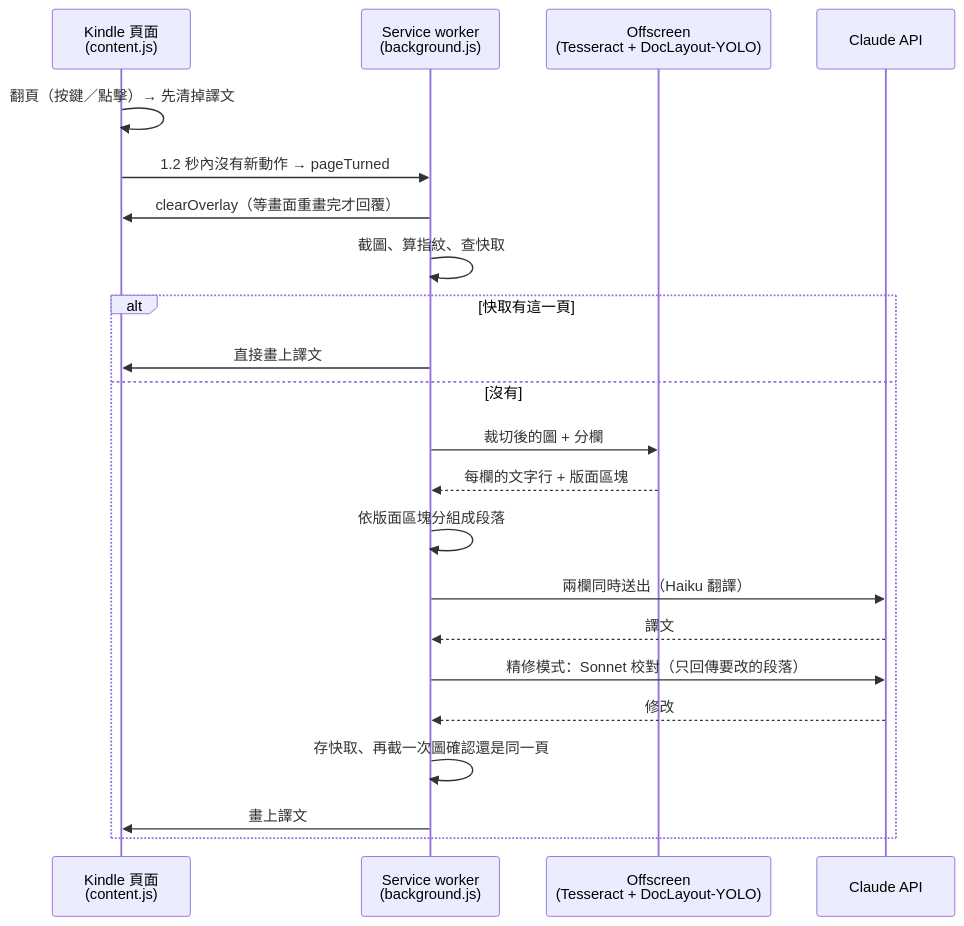
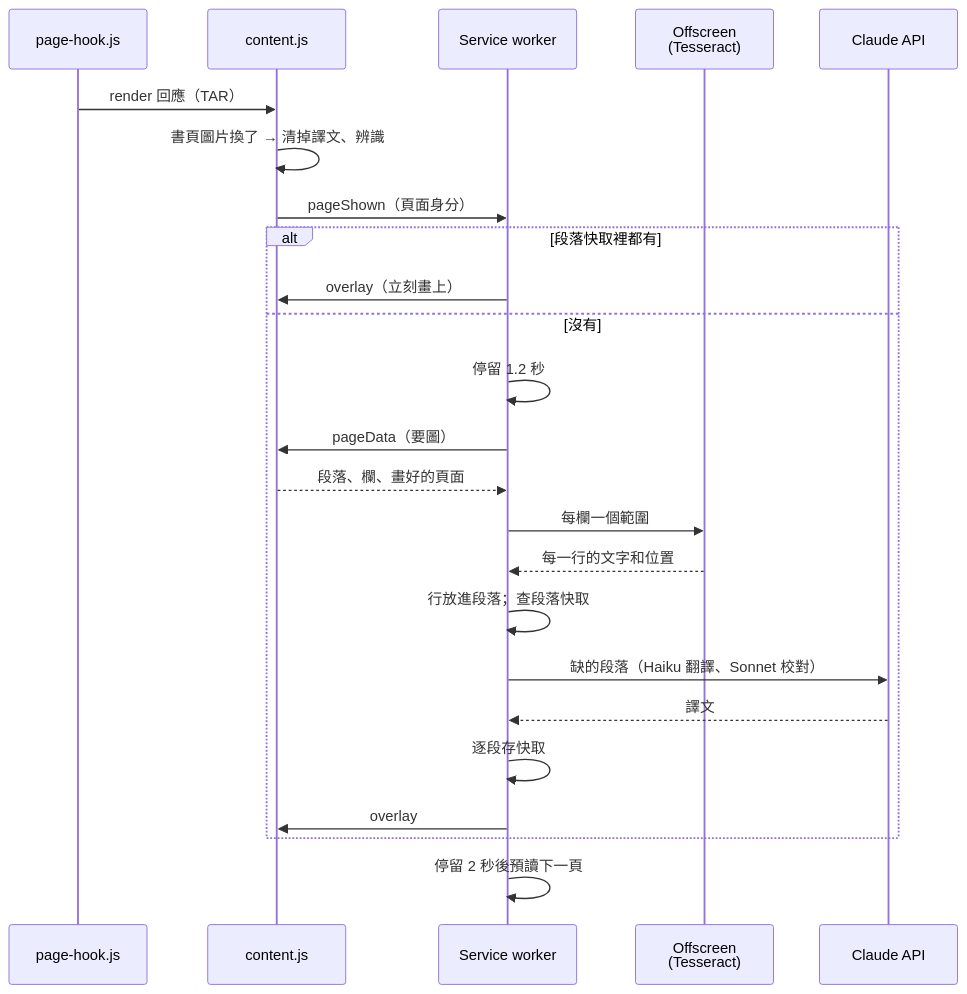
Before and after one commit to ctchuang/kindle-translator: the diagram in docs/design.md, drawn with Mermaid. The commit also changed other lines of this file and 58 other files, not shown here.

First line of the commit message:
Read the reader's own page data; translate the next page ahead; release 2.0.0

````diff
--- a/docs/design.md
+++ b/docs/design.md
@@ -25,24 +97,26 @@
 ```mermaid
 sequenceDiagram
-  participant P as Kindle 頁面<br/>(content.js)
-  participant B as Service worker<br/>(background.js)
-  participant O as Offscreen<br/>(Tesseract + DocLayout-YOLO)
+  participant H as page-hook.js
+  participant P as content.js
+  participant B as Service worker
+  participant O as Offscreen<br/>(Tesseract)
   participant C as Claude API
-  P->>P: 翻頁（按鍵／點擊）→ 先清掉譯文
-  P->>B: 1.2 秒內沒有新動作 → pageTurned
-  B->>P: clearOverlay（等畫面重畫完才回覆）
-  B->>B: 截圖、算指紋、查快取
-  alt 快取有這一頁
-    B->>P: 直接畫上譯文
+  H->>P: render 回應（TAR）
+  P->>P: 書頁圖片換了 → 清掉譯文、辨識
+  P->>B: pageShown（頁面身分）
+  alt 段落快取裡都有
+    B->>P: overlay（立刻畫上）
   else 沒有
-    B->>O: 裁切後的圖 + 分欄
-    O-->>B: 每欄的文字行 + 版面區塊
-    B->>B: 依版面區塊分組成段落
-    B->>C: 兩欄同時送出（Haiku 翻譯）
+    B->>B: 停留 1.2 秒
+    B->>P: pageData（要圖）
+    P-->>B: 段落、欄、畫好的頁面
+    B->>O: 每欄一個範圍
+    O-->>B: 每一行的文字和位置
+    B->>B: 行放進段落；查段落快取
+    B->>C: 缺的段落（Haiku 翻譯、Sonnet 校對）
     C-->>B: 譯文
-    B->>C: 精修模式：Sonnet 校對（只回傳要改的段落）
-    C-->>B: 修改
-    B->>B: 存快取、再截一次圖確認還是同一頁
-    B->>P: 畫上譯文
+    B->>B: 逐段存快取
+    B->>P: overlay
   end
+  B->>B: 停留 2 秒後預讀下一頁
 ```
````
